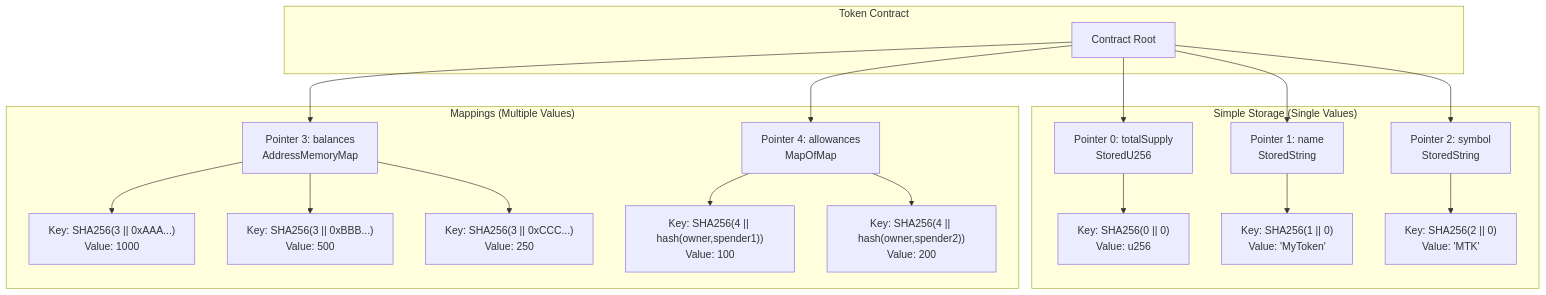
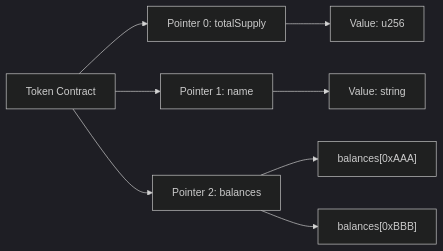
Before and after one commit to btc-vision/btc-runtime: the third of 4 diagrams in docs/core-concepts/pointers.md, drawn with Mermaid. The commit also changed other lines of this file and 2 other files, not shown here.

Commit message:
Simplify and update mermaid diagrams in docs
Refactored mermaid diagrams in blockchain-environment.md, pointers.md, and storage-system.md for improved clarity and consistency. Changed flowchart orientation to LR, removed unnecessary subgraphs, and streamlined node labels to make visualizations easier to read and maintain.

````diff
--- a/docs/core-concepts/pointers.md
+++ b/docs/core-concepts/pointers.md
@@ -143,45 +139,14 @@
 ```mermaid
-flowchart TD
-    subgraph Contract["Token Contract"]
-        Root["Contract Root"]
-    end
-
-    subgraph SimpleValues["Simple Storage (Single Values)"]
-        P0["Pointer 0: totalSupply<br/>StoredU256"]
-        P1["Pointer 1: name<br/>StoredString"]
-        P2["Pointer 2: symbol<br/>StoredString"]
-
-        K0["Key: SHA256(0 || 0)<br/>Value: u256"]
-        K1["Key: SHA256(1 || 0)<br/>Value: 'MyToken'"]
-        K2["Key: SHA256(2 || 0)<br/>Value: 'MTK'"]
-
-        P0 --> K0
-        P1 --> K1
-        P2 --> K2
-    end
-
-    subgraph Mappings["Mappings (Multiple Values)"]
-        P3["Pointer 3: balances<br/>AddressMemoryMap"]
-        P4["Pointer 4: allowances<br/>MapOfMap"]
-
-        K3A["Key: SHA256(3 || 0xAAA...)<br/>Value: 1000"]
-        K3B["Key: SHA256(3 || 0xBBB...)<br/>Value: 500"]
-        K3C["Key: SHA256(3 || 0xCCC...)<br/>Value: 250"]
-
-        K4A["Key: SHA256(4 || hash(owner,spender1))<br/>Value: 100"]
-        K4B["Key: SHA256(4 || hash(owner,spender2))<br/>Value: 200"]
-
-        P3 --> K3A
-        P3 --> K3B
-        P3 --> K3C
-
-        P4 --> K4A
-        P4 --> K4B
-    end
-
-    Root --> P0
-    Root --> P1
-    Root --> P2
-    Root --> P3
-    Root --> P4
+---
+config:
+  theme: dark
+---
+flowchart LR
+    Contract["Token Contract"] --> P0["Pointer 0: totalSupply"]
+    Contract --> P1["Pointer 1: name"]
+    Contract --> P2["Pointer 2: balances"]
+    P0 --> V0["Value: u256"]
+    P1 --> V1["Value: string"]
+    P2 --> V2A["balances[0xAAA]"]
+    P2 --> V2B["balances[0xBBB]"]
 ```
````
